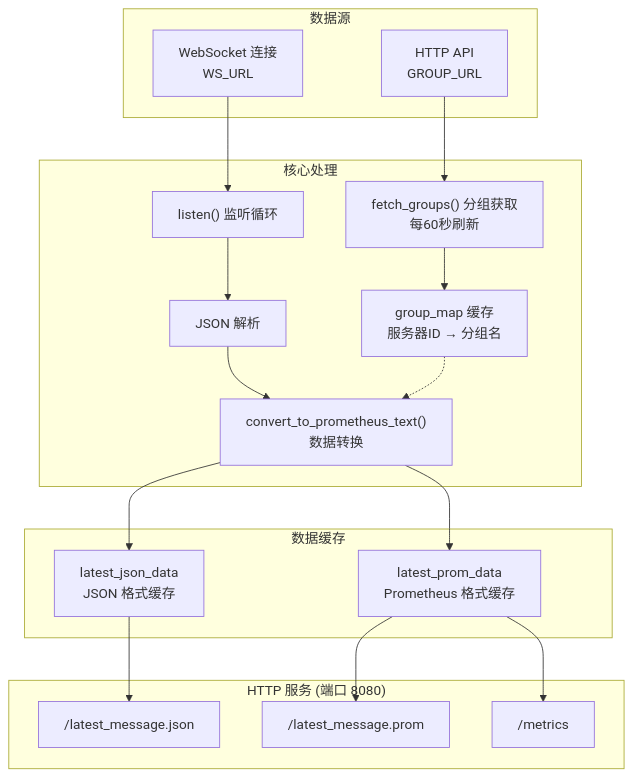
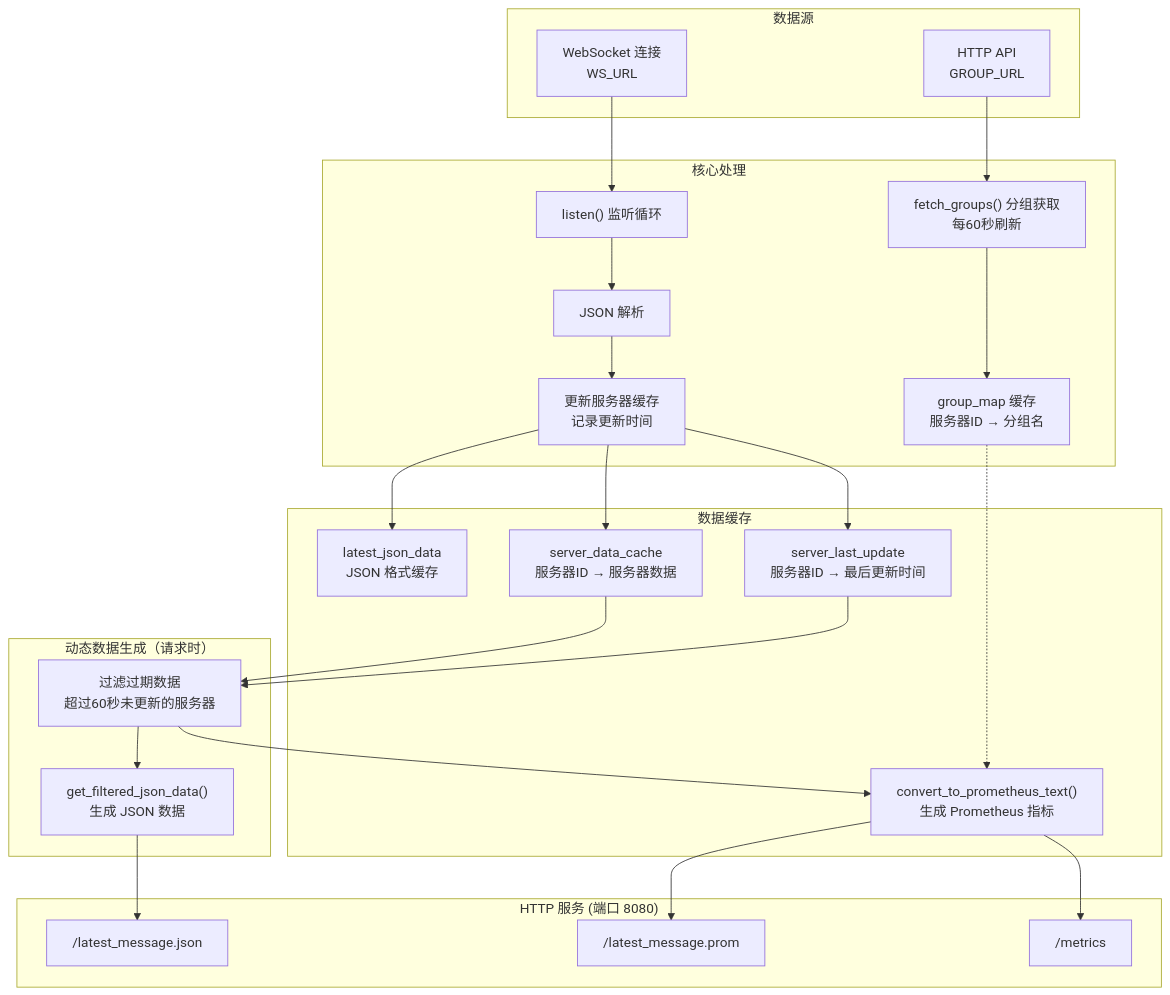
Before and after one commit to Moeyuuko/nezhaV1-exporter: the first of 6 diagrams in nezha-exporter.md, drawn with Mermaid. The commit also changed other lines of this file and 2 other files, not shown here.

````diff
--- a/nezha-exporter.md
+++ b/nezha-exporter.md
@@ -7,27 +7,35 @@
 ```mermaid
 flowchart TD
     subgraph 数据源
         WS["WebSocket 连接<br/>WS_URL"]
         API["HTTP API<br/>GROUP_URL"]
     end
     
     subgraph 核心处理
         WS --> LISTEN["listen() 监听循环"]
         API --> FETCH["fetch_groups() 分组获取<br/>每60秒刷新"]
         LISTEN --> PARSE["JSON 解析"]
-        PARSE --> CONVERT["convert_to_prometheus_text()<br/>数据转换"]
+        PARSE --> UPDATE["更新服务器缓存<br/>记录更新时间"]
         FETCH --> GMAP["group_map 缓存<br/>服务器ID → 分组名"]
     end
     
-    subgraph 数据缓存
-        CONVERT --> JSON_CACHE["latest_json_data<br/>JSON 格式缓存"]
-        CONVERT --> PROM_CACHE["latest_prom_data<br/>Prometheus 格式缓存"]
-        GMAP -.-> CONVERT
+    subgraph 数据缓存 ["数据缓存"]
+        UPDATE --> JSON_CACHE["latest_json_data<br/>JSON 格式缓存"]
+        UPDATE --> SERVER_CACHE["server_data_cache<br/>服务器ID → 服务器数据"]
+        UPDATE --> TIME_CACHE["server_last_update<br/>服务器ID → 最后更新时间"]
+        GMAP -.-> PROM_GEN
+    end
+    
+    subgraph 动态生成 ["动态数据生成（请求时）"]
+        SERVER_CACHE --> FILTER["过滤过期数据<br/>超过60秒未更新的服务器"]
+        TIME_CACHE --> FILTER
+        FILTER --> JSON_GEN["get_filtered_json_data()<br/>生成 JSON 数据"]
+        FILTER --> PROM_GEN["convert_to_prometheus_text()<br/>生成 Prometheus 指标"]
     end
     
     subgraph HTTP服务 ["HTTP 服务 (端口 8080)"]
-        JSON_CACHE --> EP1["/latest_message.json"]
-        PROM_CACHE --> EP2["/latest_message.prom"]
-        PROM_CACHE --> EP3["/metrics"]
+        JSON_GEN --> EP1["/latest_message.json"]
+        PROM_GEN --> EP2["/latest_message.prom"]
+        PROM_GEN --> EP3["/metrics"]
     end
 ```
````
